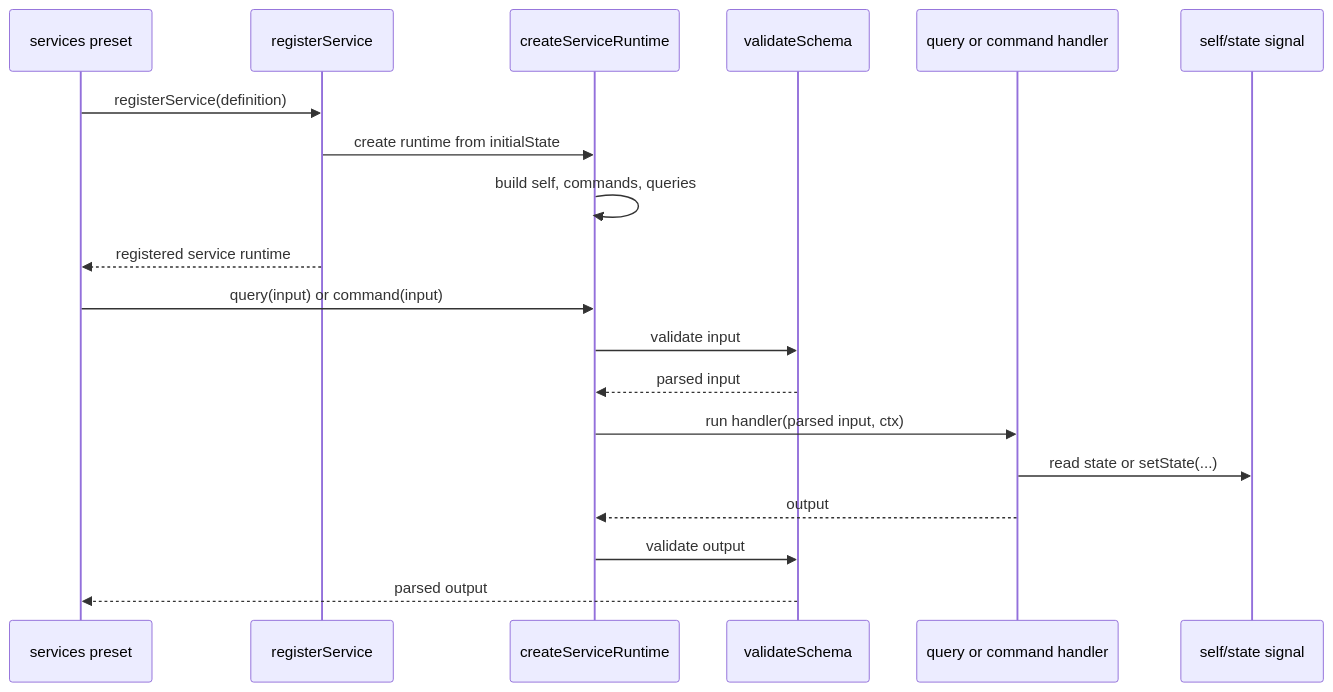
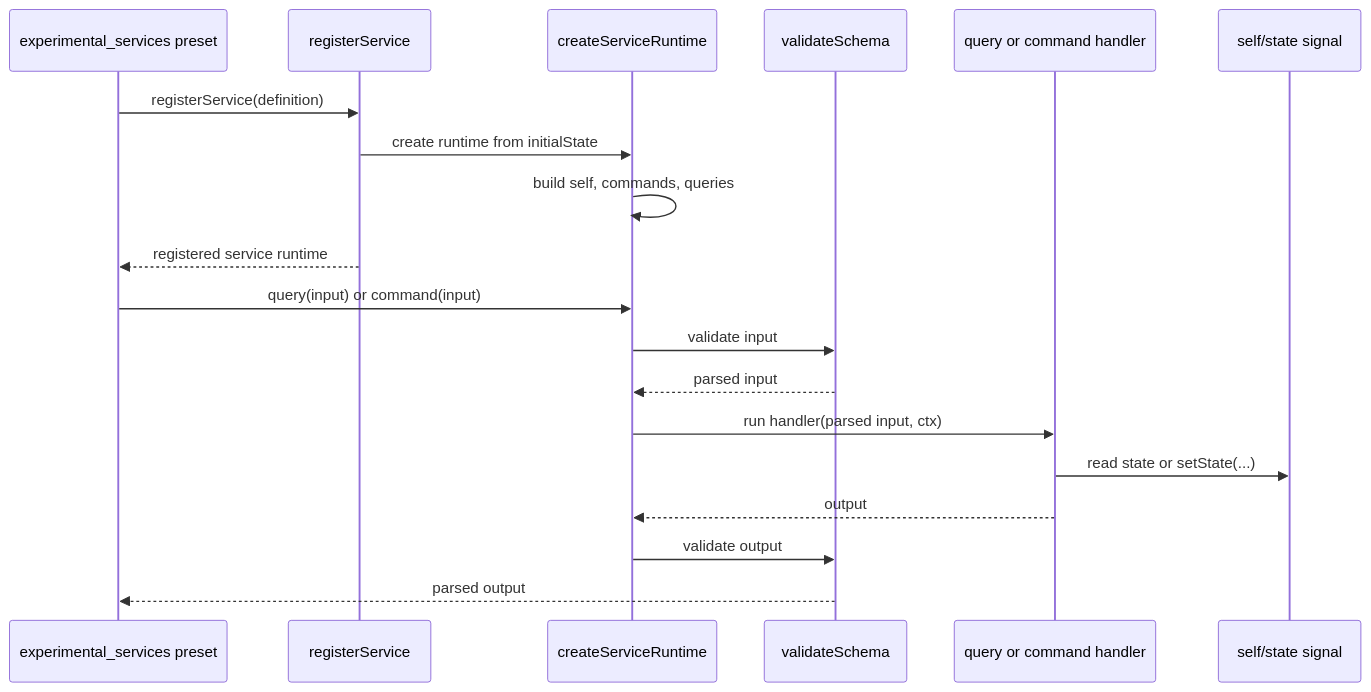
Before and after one commit to storybookjs/storybook: the second of 4 diagrams in code/core/src/shared/open-service/README.md, drawn with Mermaid. The commit also changed other lines of this file and 10 other files, not shown here.

````diff
--- a/code/core/src/shared/open-service/README.md
+++ b/code/core/src/shared/open-service/README.md
@@ -177,22 +177,22 @@
 ```mermaid
 sequenceDiagram
-  participant Preset as services preset
+  participant Preset as experimental_services preset
   participant Registry as registerService
   participant Runtime as createServiceRuntime
   participant Schema as validateSchema
   participant Handler as query or command handler
   participant State as self/state signal
 
   Preset->>Registry: registerService(definition)
   Registry->>Runtime: create runtime from initialState
   Runtime->>Runtime: build self, commands, queries
   Registry-->>Preset: registered service runtime
   Preset->>Runtime: query(input) or command(input)
   Runtime->>Schema: validate input
   Schema-->>Runtime: parsed input
   Runtime->>Handler: run handler(parsed input, ctx)
   Handler->>State: read state or setState(...)
   Handler-->>Runtime: output
   Runtime->>Schema: validate output
   Schema-->>Preset: parsed output
 ```
````
